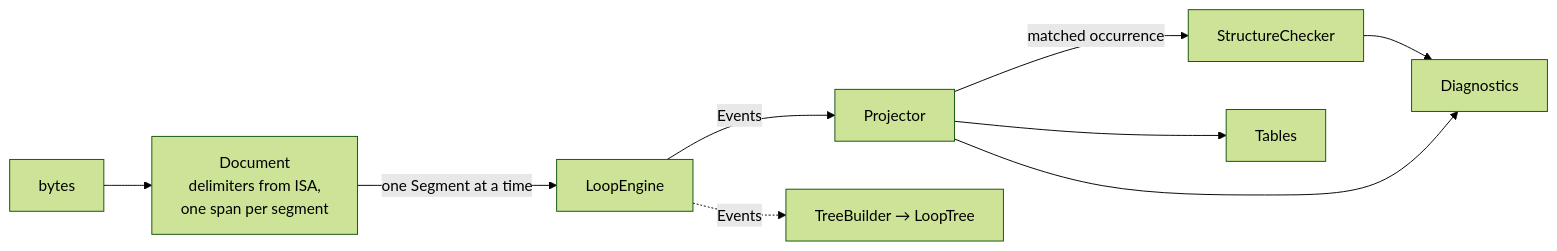
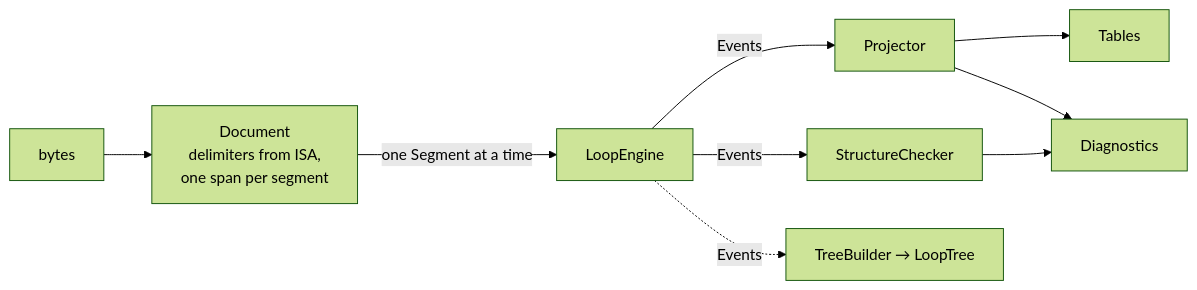
Before and after one commit to javillegasna/oxedi: the diagram in ARCHITECTURE.md, drawn with Mermaid (forest theme). The commit also changed 2 other files, not shown here.

Commit message:
docs(core): the reading diagram feeds the checker from the engine's events
The packing of short segment ids is explained once, at pack_id; the map and
the occurrence index refer to it.

````diff
--- a/ARCHITECTURE.md
+++ b/ARCHITECTURE.md
@@ -35,11 +35,11 @@
 ```mermaid
 flowchart LR
   B[bytes] --> D[Document<br/>delimiters from ISA,<br/>one span per segment]
   D -->|one Segment at a time| E[LoopEngine]
   E -->|Events| P[Projector]
-  P -->|matched occurrence| C[StructureChecker]
+  E -->|Events| C[StructureChecker]
   P --> T[Tables]
   C --> G[Diagnostics]
   P --> G
   E -.->|Events| TB[TreeBuilder → LoopTree]
 ```
````
